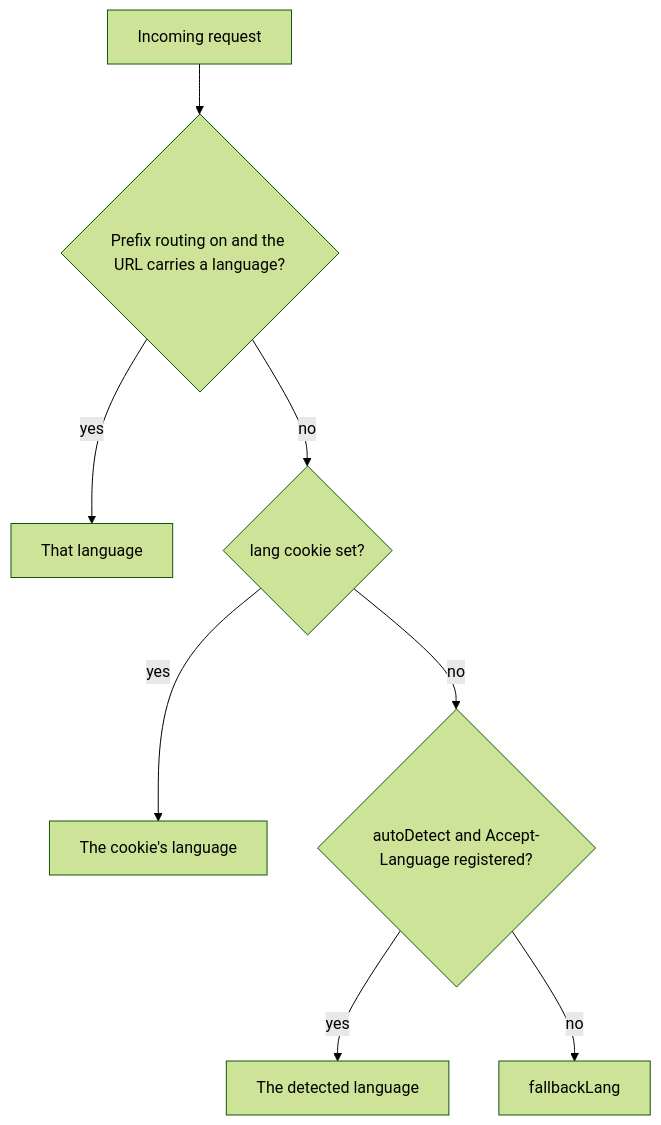
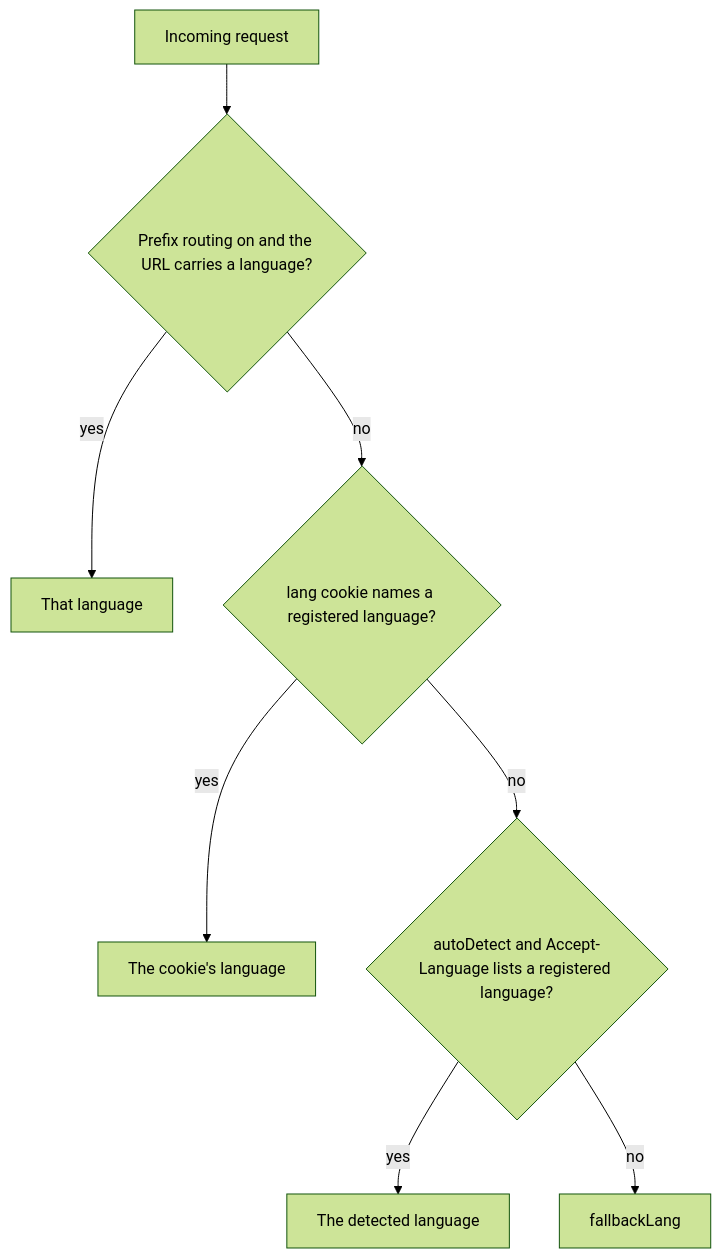
The diagram in framework/docs/1-guides/8-frontend/5-localization.md (alepha-dev/alepha), drawn with Mermaid (forest theme) before and after one commit. The commit also changed other lines of this file and 68 other files, not shown here.

````diff
--- a/framework/docs/1-guides/8-frontend/5-localization.md
+++ b/framework/docs/1-guides/8-frontend/5-localization.md
@@ -419,10 +425,10 @@
 ```mermaid
 flowchart TD
   A[Incoming request] --> B{Prefix routing on and the URL carries a language?}
   B -->|yes| L1[That language]
-  B -->|no| C{lang cookie set?}
+  B -->|no| C{lang cookie names a registered language?}
   C -->|yes| L2[The cookie's language]
-  C -->|no| D{autoDetect and Accept-Language registered?}
+  C -->|no| D{autoDetect and Accept-Language lists a registered language?}
   D -->|yes| L3[The detected language]
   D -->|no| L4[fallbackLang]
 ```
````
